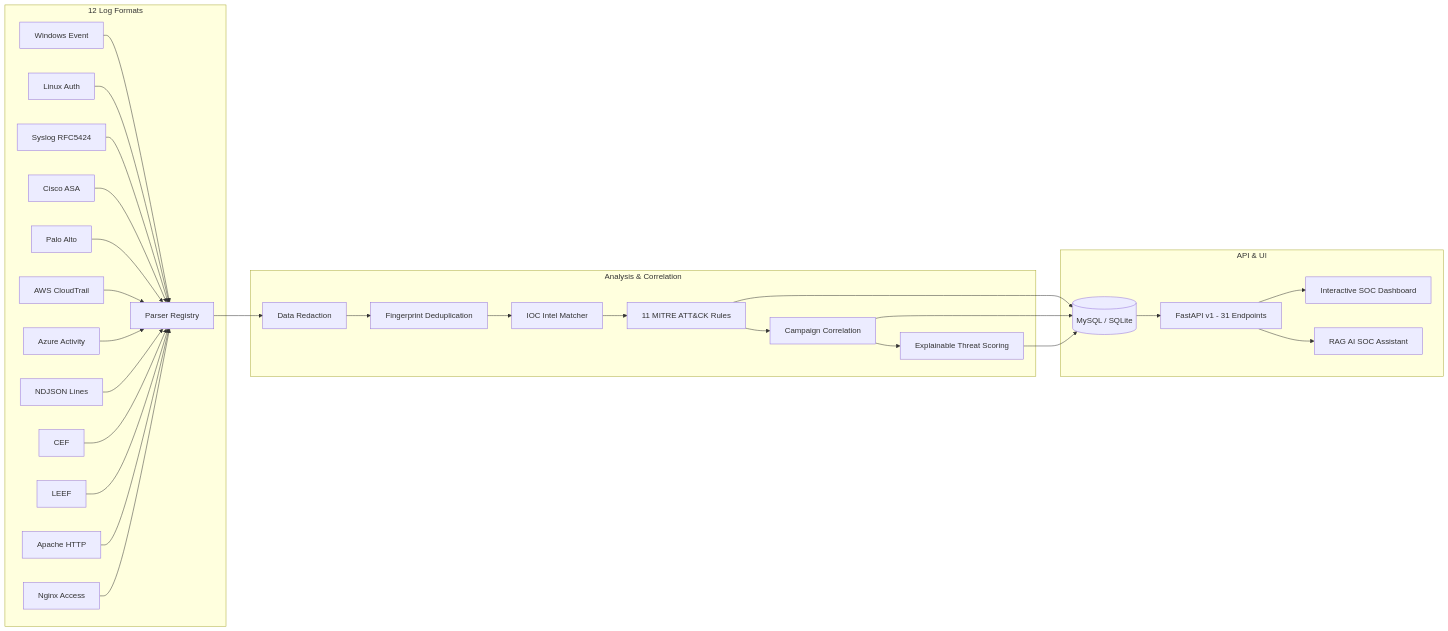
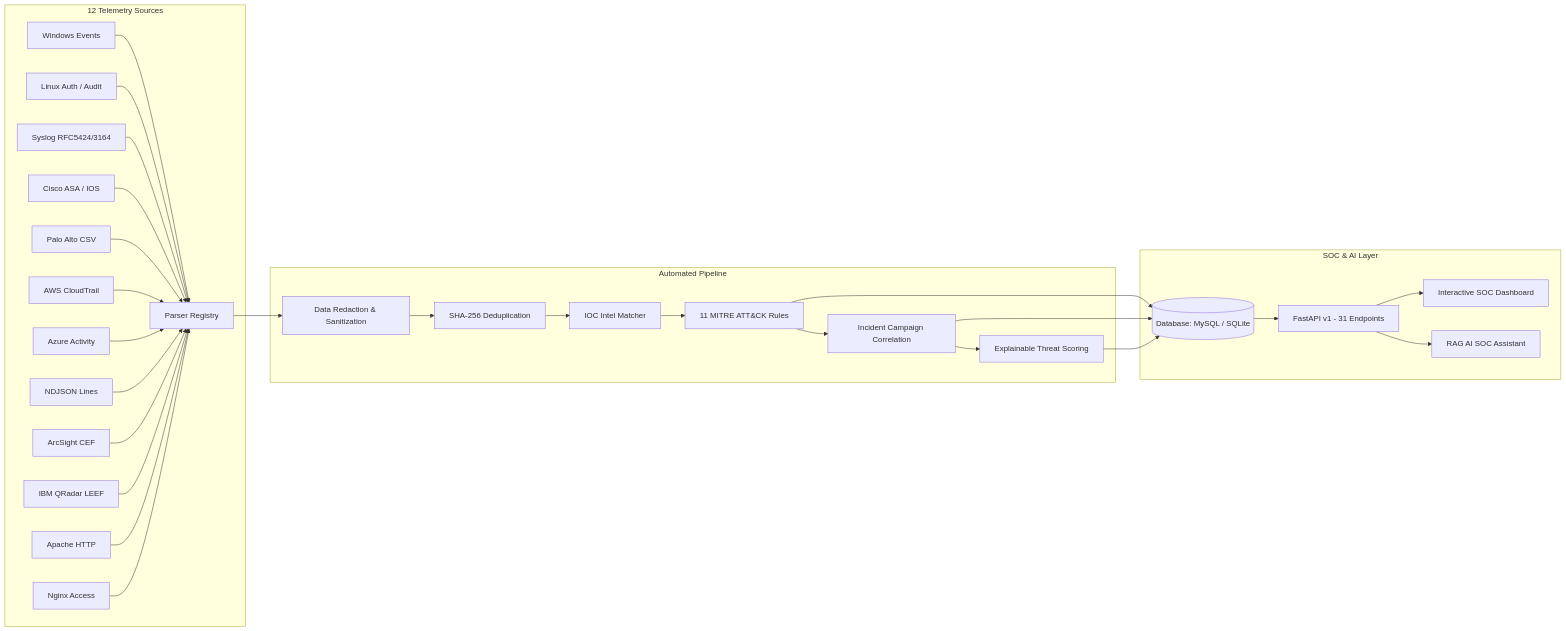
One commit to rakshit03sinha/ThreatLens changed the diagram in README.md. Above: the diagram before and after it, drawn with Mermaid. The commit also changed other lines of this file, not shown here.

````diff
--- a/README.md
+++ b/README.md
@@ -15,35 +43,35 @@
 ```mermaid
 flowchart LR
-    subgraph Ingestion [12 Log Formats]
-        A1[Windows Event] --> P[Parser Registry]
-        A2[Linux Auth] --> P
-        A3[Syslog RFC5424] --> P
-        A4[Cisco ASA] --> P
-        A5[Palo Alto] --> P
+    subgraph Ingestion [12 Telemetry Sources]
+        A1[Windows Events] --> P[Parser Registry]
+        A2[Linux Auth / Audit] --> P
+        A3[Syslog RFC5424/3164] --> P
+        A4[Cisco ASA / IOS] --> P
+        A5[Palo Alto CSV] --> P
         A6[AWS CloudTrail] --> P
         A7[Azure Activity] --> P
         A8[NDJSON Lines] --> P
-        A9[CEF] --> P
-        A10[LEEF] --> P
+        A9[ArcSight CEF] --> P
+        A10[IBM QRadar LEEF] --> P
         A11[Apache HTTP] --> P
         A12[Nginx Access] --> P
     end
 
-    subgraph Pipeline [Analysis & Correlation]
-        P --> RED[Data Redaction]
-        RED --> FP[Fingerprint Deduplication]
+    subgraph Pipeline [Automated Pipeline]
+        P --> RED[Data Redaction & Sanitization]
+        RED --> FP[SHA-256 Deduplication]
         FP --> IOC[IOC Intel Matcher]
         IOC --> DET[11 MITRE ATT&CK Rules]
-        DET --> CORR[Campaign Correlation]
+        DET --> CORR[Incident Campaign Correlation]
         CORR --> SCORE[Explainable Threat Scoring]
     end
 
-    subgraph SOC Experience [API & UI]
-        DET --> DB[(MySQL / SQLite)]
+    subgraph Operations [SOC & AI Layer]
+        DET --> DB[(Database: MySQL / SQLite)]
         CORR --> DB
         SCORE --> DB
         DB --> API[FastAPI v1 - 31 Endpoints]
         API --> UI[Interactive SOC Dashboard]
         API --> RAG[RAG AI SOC Assistant]
     end
 ```
````
